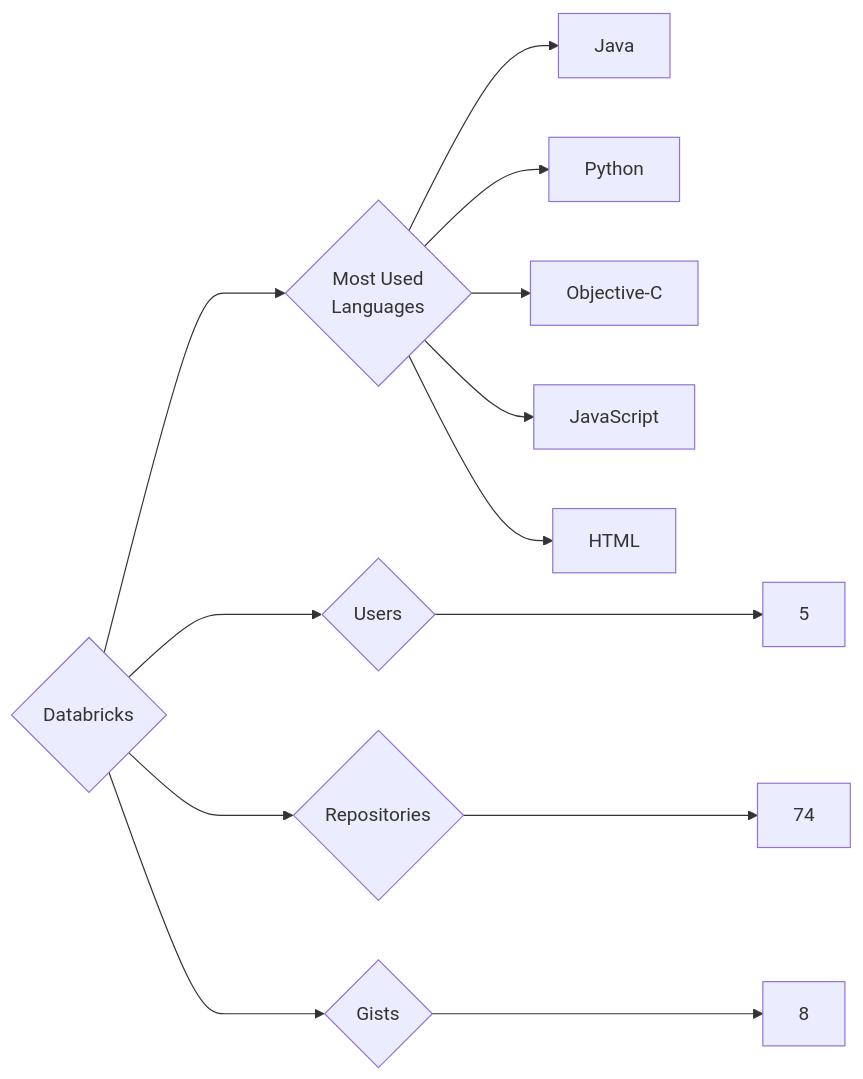
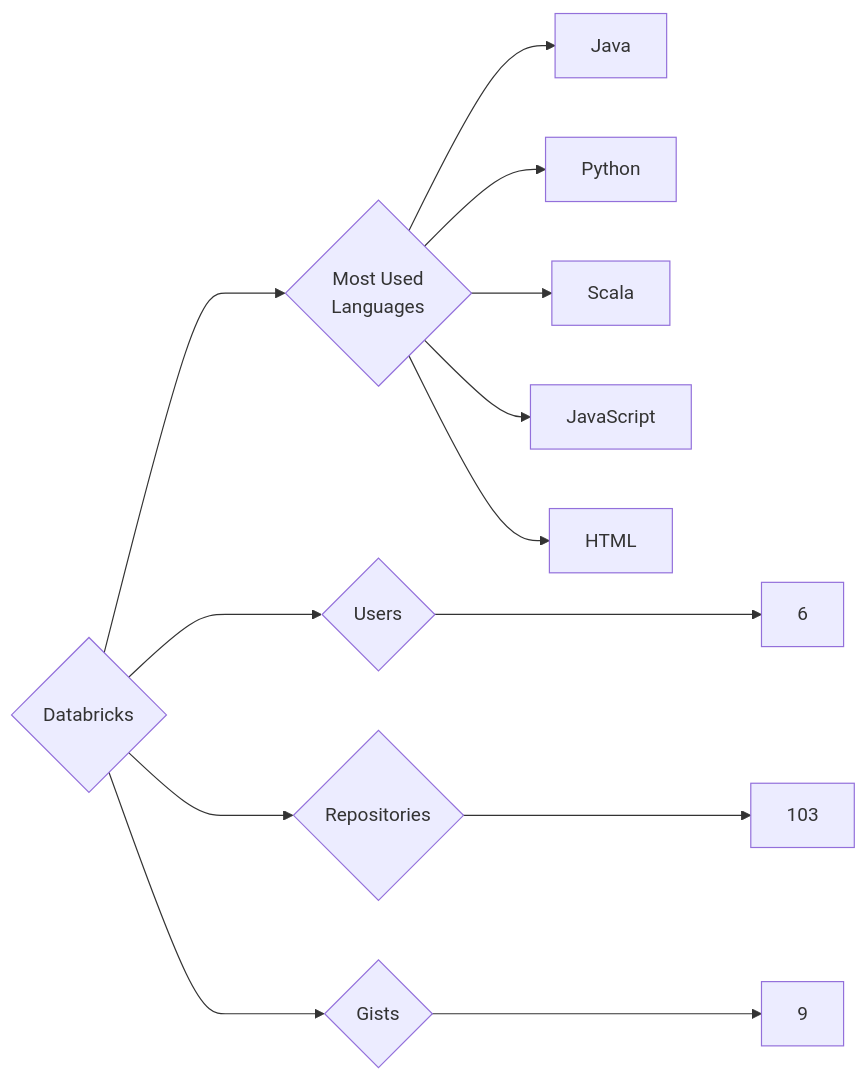
One commit to trickest/insiders changed the diagram in targets/Databricks/README.md. Above: the diagram before and after it, drawn with Mermaid. The commit also changed 938 other files, not shown here.

````diff
--- a/targets/Databricks/README.md
+++ b/targets/Databricks/README.md
@@ -3,13 +3,13 @@
 ```mermaid
 graph LR
 COMPANY_NAME{Databricks}
-COMPANY_NAME ---> U{Users} ---> UN[5]
-COMPANY_NAME ---> R{Repositories} ---> RN[74]
-COMPANY_NAME ---> G{Gists} ---> GN[8]
+COMPANY_NAME ---> U{Users} ---> UN[6]
+COMPANY_NAME ---> R{Repositories} ---> RN[103]
+COMPANY_NAME ---> G{Gists} ---> GN[9]
 COMPANY_NAME ---> ML{Most Used<br>Languages}
 ML --> Java[Java]
 ML --> Python[Python]
-ML --> Objective-C[Objective-C]
+ML --> Scala[Scala]
 ML --> JavaScript[JavaScript]
 ML --> HTML[HTML]
 ```
````
